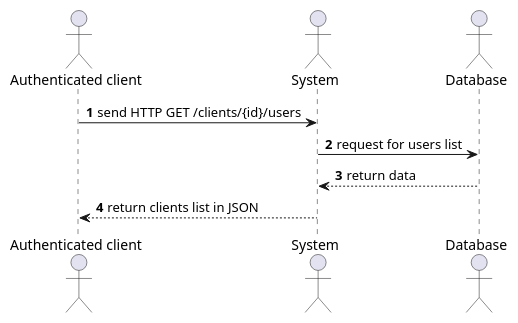
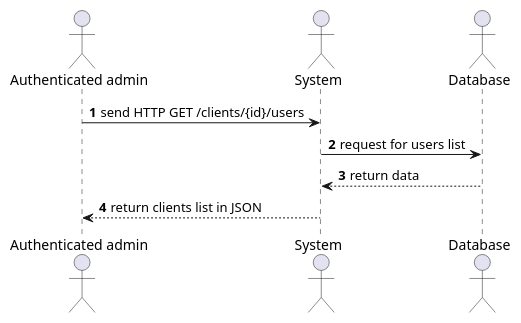
One commit to Xwyk/BileMo changed the diagram in diagrams/Sequences/UsersManagement/Sequence_ListUsers.puml. Above: the diagram before and after it, drawn with PlantUML. The commit also changed 13 other files, not shown here.

```diff
--- a/diagrams/Sequences/UsersManagement/Sequence_ListUsers.puml
+++ b/diagrams/Sequences/UsersManagement/Sequence_ListUsers.puml
@@ -1,15 +1,15 @@
 @startuml
 'https://plantuml.com/sequence-diagram
 
 autonumber
 
-actor "Authenticated client" as client
+actor "Authenticated admin" as admin
 actor System                as system
 actor Database              as db
 
-client  -> system  : send HTTP GET /clients/{id}/users
+admin  -> system  : send HTTP GET /clients/{id}/users
 system -> db      : request for users list
 system <-- db     : return data
-client  <-- system : return clients list in JSON
+admin  <-- system : return clients list in JSON
 
 @enduml
```
